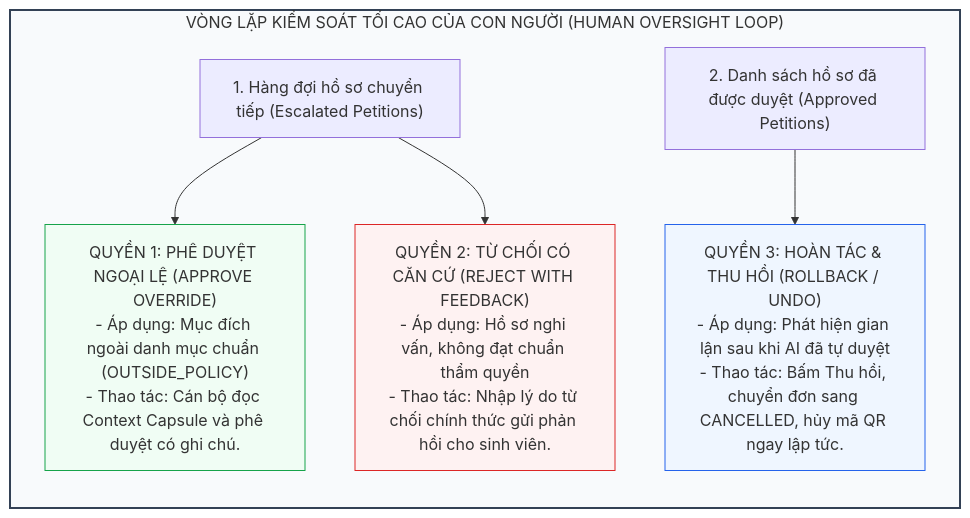
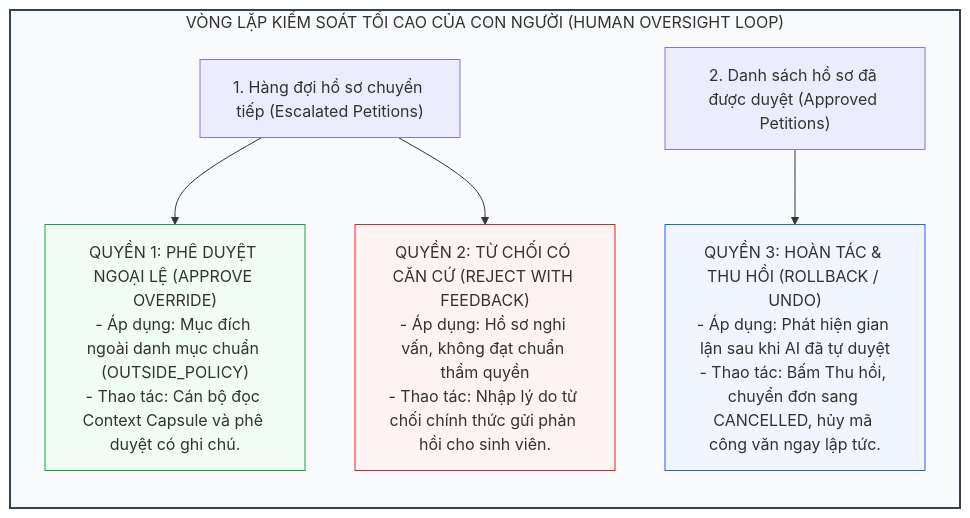
Before and after one commit to HuuNhan-147/EduRef_AI_Agent: the fifth of 7 diagrams in proposal.md, drawn with Mermaid. The commit also changed other lines of this file and 18 other files, not shown here.

````diff
--- a/proposal.md
+++ b/proposal.md
@@ -197,18 +192,18 @@
 ```mermaid
 flowchart TD
     subgraph HumanControl["VÒNG LẶP KIỂM SOÁT TỐI CAO CỦA CON NGƯỜI (HUMAN OVERSIGHT LOOP)"]
         direction TB
         EscalateQueue["1. Hàng đợi hồ sơ chuyển tiếp (Escalated Petitions)"]
         ApprovedQueue["2. Danh sách hồ sơ đã được duyệt (Approved Petitions)"]
         
         EscalateQueue --> Right1["QUYỀN 1: PHÊ DUYỆT NGOẠI LỆ (APPROVE OVERRIDE)<br/>- Áp dụng: Mục đích ngoài danh mục chuẩn (OUTSIDE_POLICY)<br/>- Thao tác: Cán bộ đọc Context Capsule và phê duyệt có ghi chú."]
         EscalateQueue --> Right2["QUYỀN 2: TỪ CHỐI CÓ CĂN CỨ (REJECT WITH FEEDBACK)<br/>- Áp dụng: Hồ sơ nghi vấn, không đạt chuẩn thẩm quyền<br/>- Thao tác: Nhập lý do từ chối chính thức gửi phản hồi cho sinh viên."]
         
-        ApprovedQueue --> Right3["QUYỀN 3: HOÀN TÁC & THU HỒI (ROLLBACK / UNDO)<br/>- Áp dụng: Phát hiện gian lận sau khi AI đã tự duyệt<br/>- Thao tác: Bấm Thu hồi, chuyển đơn sang CANCELLED, hủy mã QR ngay lập tức."]
+        ApprovedQueue --> Right3["QUYỀN 3: HOÀN TÁC & THU HỒI (ROLLBACK / UNDO)<br/>- Áp dụng: Phát hiện gian lận sau khi AI đã tự duyệt<br/>- Thao tác: Bấm Thu hồi, chuyển đơn sang CANCELLED, hủy mã công văn ngay lập tức."]
     end
 
     style HumanControl fill:#f8fafc,stroke:#334155,stroke-width:2px
     style Right1 fill:#f0fdf4,stroke:#16a34a,stroke-width:1px
     style Right2 fill:#fef2f2,stroke:#dc2626,stroke-width:1px
     style Right3 fill:#eff6ff,stroke:#2563eb,stroke-width:1px
 ```
````
